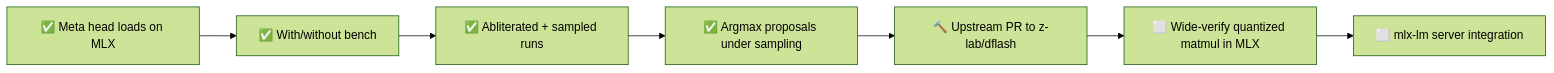
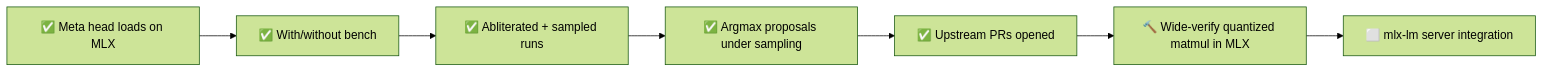
One commit to shoemoney/dflash changed the third of 3 diagrams in README.md. Above: the diagram before and after it, drawn with Mermaid (forest theme). The commit also changed other lines of this file, not shown here.

Commit message:
docs: 🛣️ roadmap points at upstream PRs #168 and #169

````diff
--- a/README.md
+++ b/README.md
@@ -285,4 +285,4 @@
 ```mermaid
 flowchart LR
-    A[✅ Meta head loads on MLX] --> B[✅ With/without bench] --> C[✅ Abliterated + sampled runs] --> S[✅ Argmax proposals under sampling] --> D[🔨 Upstream PR to z-lab/dflash] --> E[⬜ Wide-verify quantized matmul in MLX] --> F[⬜ mlx-lm server integration]
+    A[✅ Meta head loads on MLX] --> B[✅ With/without bench] --> C[✅ Abliterated + sampled runs] --> S[✅ Argmax proposals under sampling] --> D[✅ Upstream PRs opened] --> E[🔨 Wide-verify quantized matmul in MLX] --> F[⬜ mlx-lm server integration]
 ```
````
